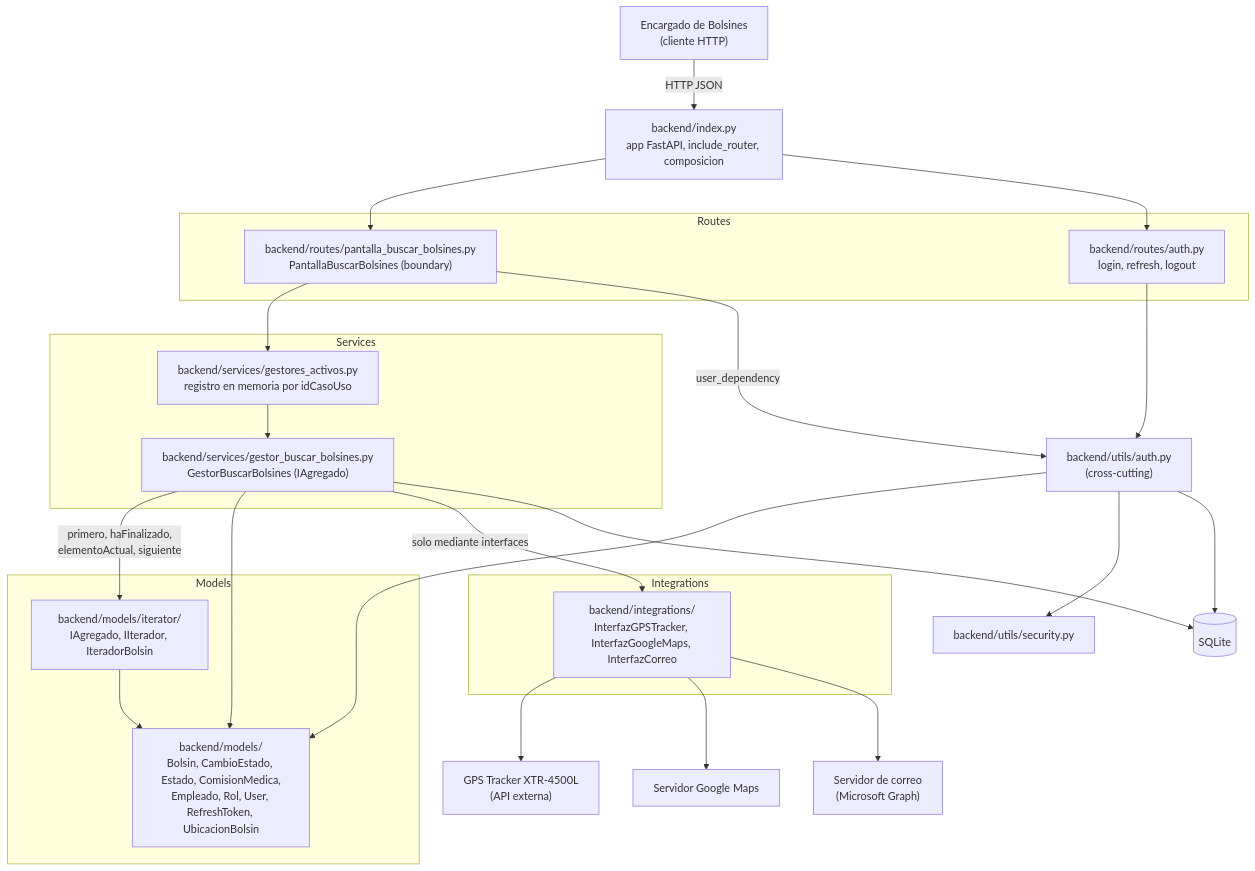
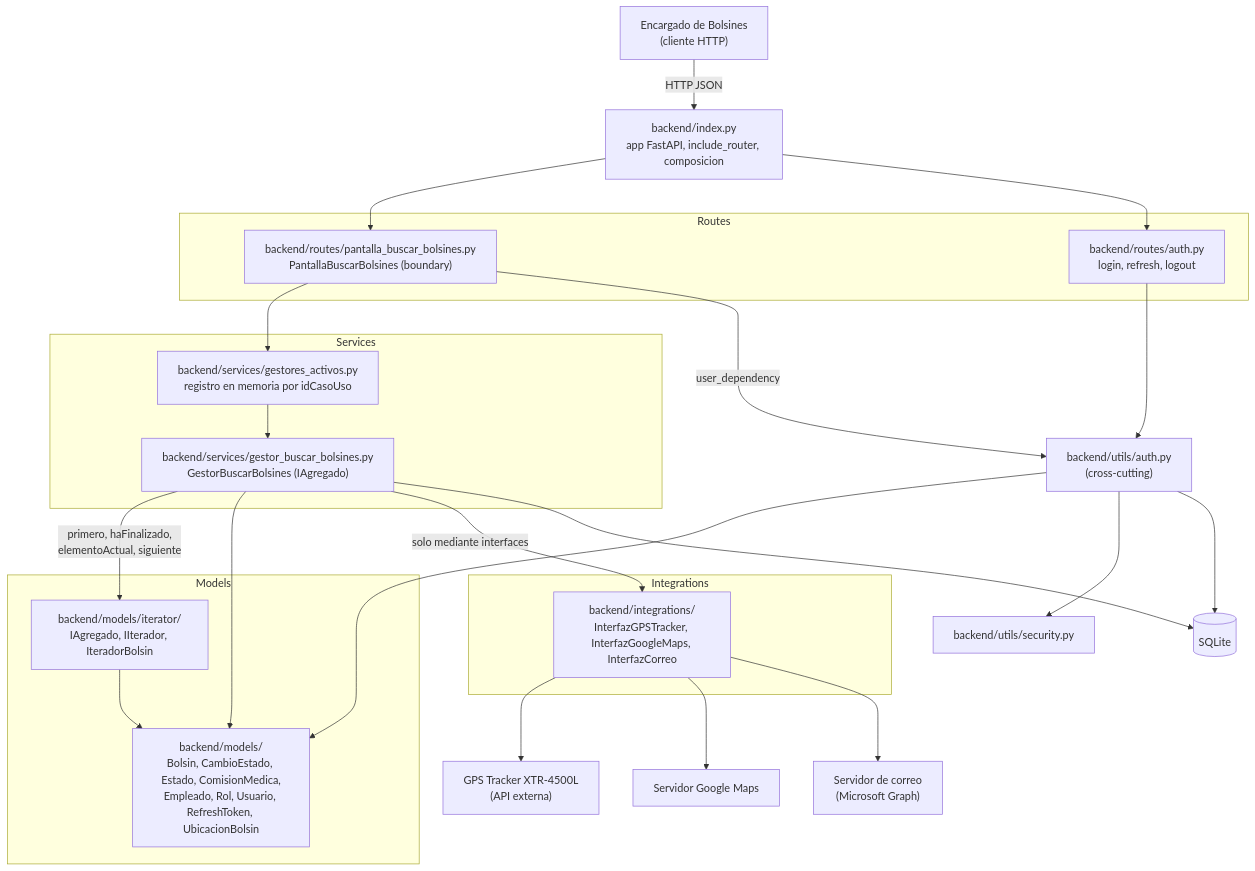
Before and after one commit to JoaquinMorais/DSI-TPI-Bolsines: the diagram in docs/01-arquitectura.md, drawn with Mermaid. The commit also changed other lines of this file and 5 other files, not shown here.

First line of the commit message:
Agrega vista estatica del CU 36 (diagrama de clases de diseno)

````diff
--- a/docs/01-arquitectura.md
+++ b/docs/01-arquitectura.md
@@ -7,43 +7,43 @@
 ```mermaid
 flowchart TD
   EB["Encargado de Bolsines<br/>(cliente HTTP)"] -->|HTTP JSON| IDX
 
   IDX["backend/index.py<br/>app FastAPI, include_router, composicion"]
 
   subgraph Routes
     R["backend/routes/pantalla_buscar_bolsines.py<br/>PantallaBuscarBolsines (boundary)"]
     RA["backend/routes/auth.py<br/>login, refresh, logout"]
   end
 
   subgraph Services
     GA["backend/services/gestores_activos.py<br/>registro en memoria por idCasoUso"]
     S["backend/services/gestor_buscar_bolsines.py<br/>GestorBuscarBolsines (IAgregado)"]
   end
 
   subgraph Models
     IT["backend/models/iterator/<br/>IAgregado, IIterador, IteradorBolsin"]
-    E["backend/models/<br/>Bolsin, CambioEstado, Estado, ComisionMedica,<br/>Empleado, Rol, User, RefreshToken, UbicacionBolsin"]
+    E["backend/models/<br/>Bolsin, CambioEstado, Estado, ComisionMedica,<br/>Empleado, Rol, Usuario, RefreshToken, UbicacionBolsin"]
   end
 
   subgraph Integrations
     I["backend/integrations/<br/>InterfazGPSTracker, InterfazGoogleMaps, InterfazCorreo"]
   end
 
   IDX --> R
   IDX --> RA
   R --> GA
   GA --> S
   S -->|primero, haFinalizado,<br/>elementoActual, siguiente| IT
   IT --> E
   S --> E
   S -->|solo mediante interfaces| I
   I --> GPS["GPS Tracker XTR-4500L<br/>(API externa)"]
   I --> GM["Servidor Google Maps"]
   I --> MAIL["Servidor de correo<br/>(Microsoft Graph)"]
   R -->|user_dependency| AUTH["backend/utils/auth.py<br/>(cross-cutting)"]
   RA --> AUTH
   AUTH --> E
   AUTH --> SEC["backend/utils/security.py"]
   S --> DB[("SQLite")]
   AUTH --> DB
 ```
````
